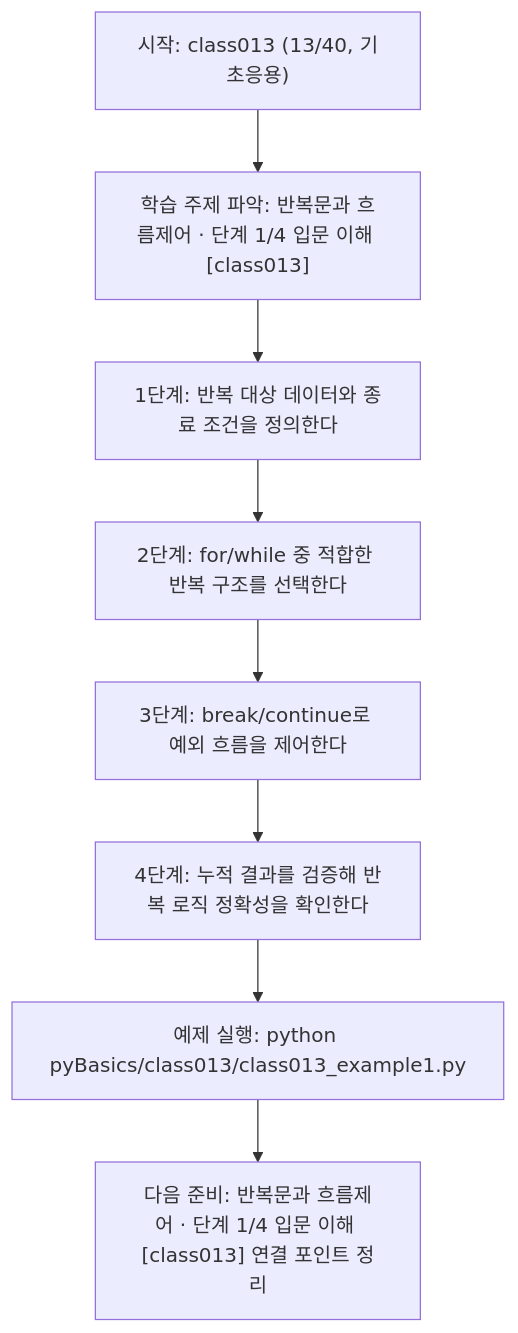
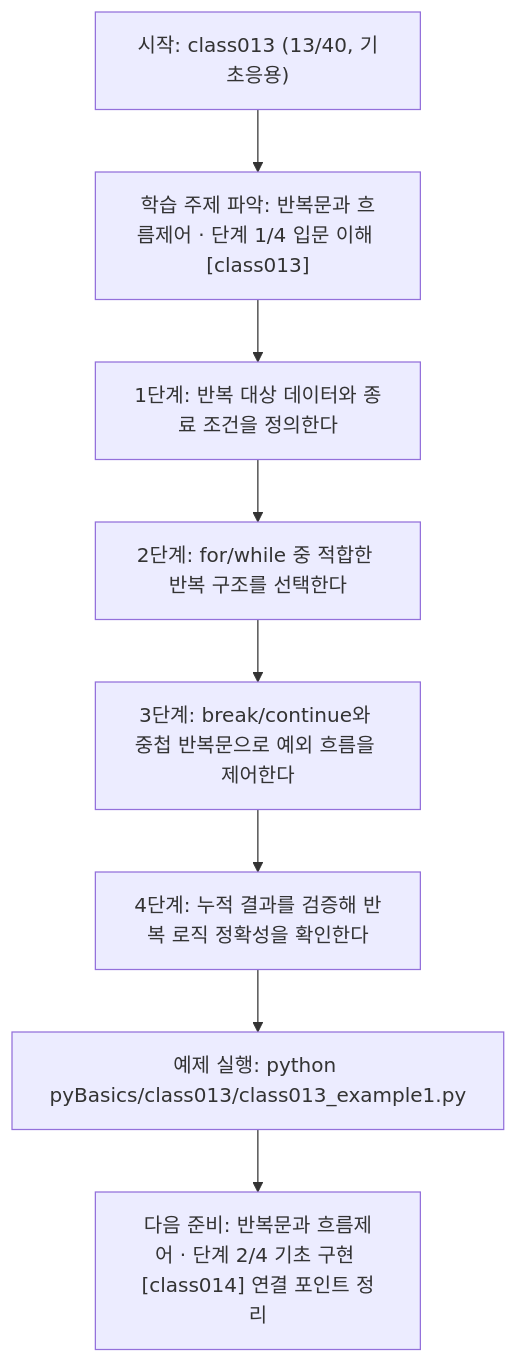
The diagram in pyBasics/class013/class013.md (edumgt/Python-AI_Agent-Class), drawn with Mermaid before and after one commit. The commit also changed other lines of this file and 2370 other files, not shown here.

````diff
--- a/pyBasics/class013/class013.md
+++ b/pyBasics/class013/class013.md
@@ -109,18 +91,18 @@
 ```mermaid
 flowchart TD
 N1["시작: class013 (13/40, 기초응용)"]
 N2["학습 주제 파악: 반복문과 흐름제어 · 단계 1/4 입문 이해 [class013]"]
 N3["1단계: 반복 대상 데이터와 종료 조건을 정의한다"]
 N4["2단계: for/while 중 적합한 반복 구조를 선택한다"]
-N5["3단계: break/continue로 예외 흐름을 제어한다"]
+N5["3단계: break/continue와 중첩 반복문으로 예외 흐름을 제어한다"]
 N6["4단계: 누적 결과를 검증해 반복 로직 정확성을 확인한다"]
 N7["예제 실행: python pyBasics/class013/class013_example1.py"]
-N8["다음 준비: 반복문과 흐름제어 · 단계 1/4 입문 이해 [class013] 연결 포인트 정리"]
+N8["다음 준비: 반복문과 흐름제어 · 단계 2/4 기초 구현 [class014] 연결 포인트 정리"]
 N1 --> N2
 N2 --> N3
 N3 --> N4
 N4 --> N5
 N5 --> N6
 N6 --> N7
 N7 --> N8
 ```
````
